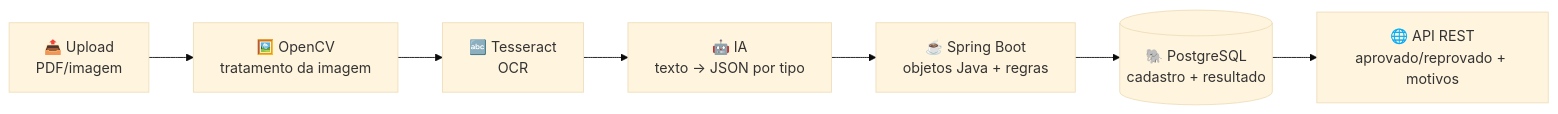
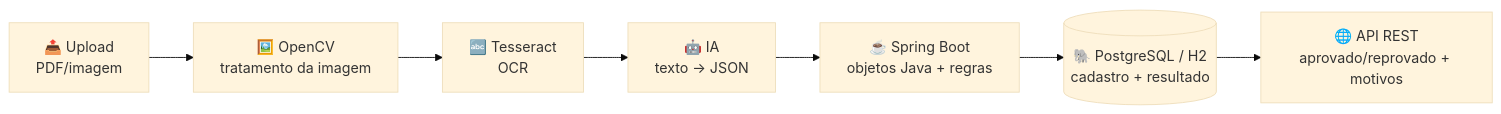
The diagram in README.md (wqiluc/Documentos-ocr-ia-java), drawn with Mermaid (base theme) before and after one commit. The commit also changed other lines of this file and 3 other files, not shown here.

````diff
--- a/README.md
+++ b/README.md
@@ -120,9 +143,9 @@
 ```mermaid
 flowchart LR
     A[📤 Upload<br/>PDF/imagem] --> B[🖼️ OpenCV<br/>tratamento da imagem]
     B --> C[🔤 Tesseract<br/>OCR]
-    C --> D[🤖 IA<br/>texto → JSON por tipo]
+    C --> D[🤖 IA<br/>texto → JSON]
     D --> E[☕ Spring Boot<br/>objetos Java + regras]
-    E --> F[(🐘 PostgreSQL<br/>cadastro + resultado)]
+    E --> F[(🐘 PostgreSQL / H2<br/>cadastro + resultado)]
     F --> G[🌐 API REST<br/>aprovado/reprovado + motivos]
 ```
````
